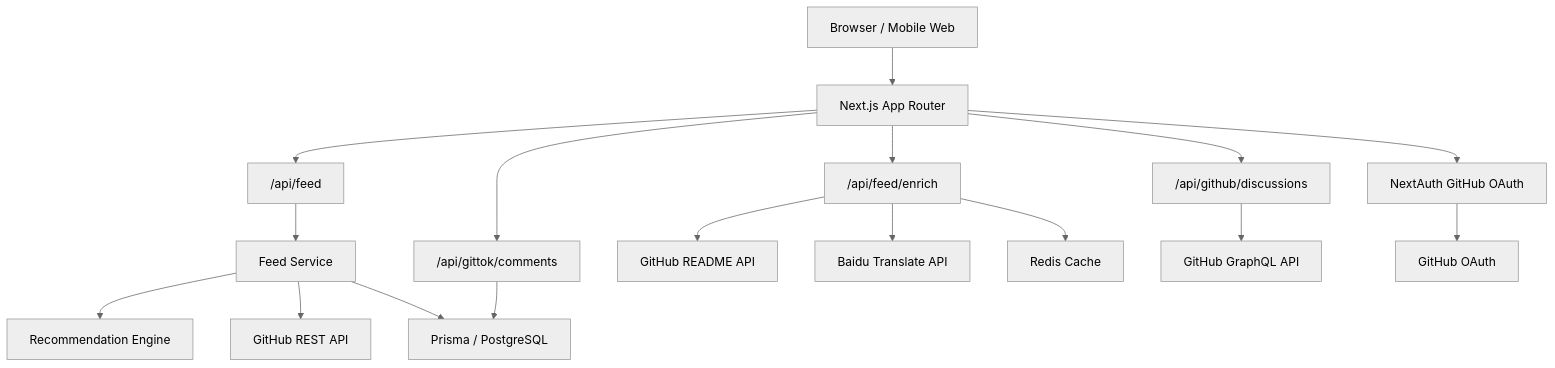
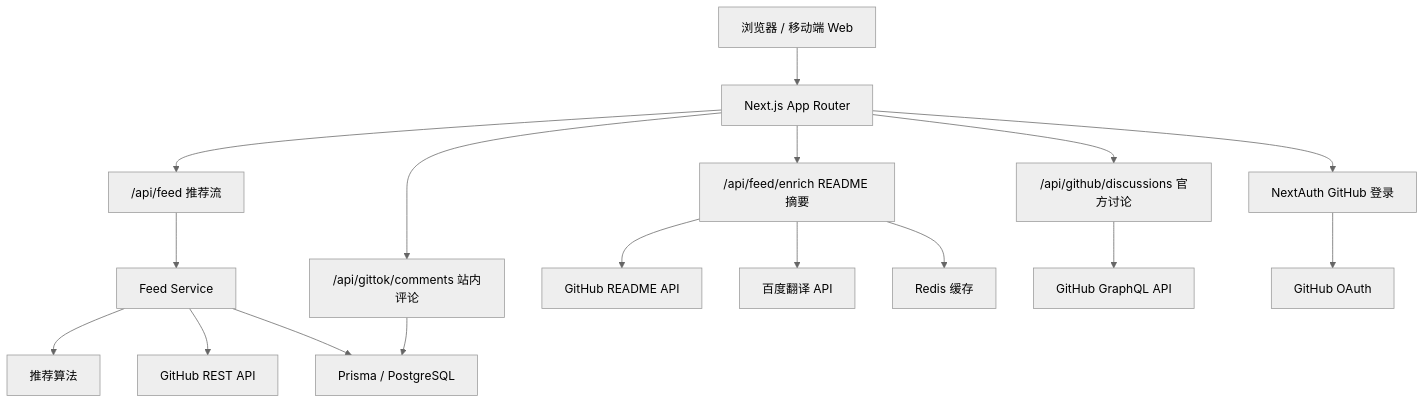
The diagram in README.md (JiahuaZhu16156307/gittok), drawn with Mermaid (neutral theme) before and after one commit. The commit also changed other lines of this file, not shown here.

````diff
--- a/README.md
+++ b/README.md
@@ -88,22 +89,22 @@
 ```mermaid
 flowchart TD
-  Browser["Browser / Mobile Web"] --> NextApp["Next.js App Router"]
-  NextApp --> FeedAPI["/api/feed"]
-  NextApp --> EnrichAPI["/api/feed/enrich"]
-  NextApp --> GitTokComments["/api/gittok/comments"]
-  NextApp --> GitHubDiscussions["/api/github/discussions"]
-  NextApp --> Auth["NextAuth GitHub OAuth"]
+  Browser["浏览器 / 移动端 Web"] --> NextApp["Next.js App Router"]
+  NextApp --> FeedAPI["/api/feed 推荐流"]
+  NextApp --> EnrichAPI["/api/feed/enrich README 摘要"]
+  NextApp --> GitTokComments["/api/gittok/comments 站内评论"]
+  NextApp --> GitHubDiscussions["/api/github/discussions 官方讨论"]
+  NextApp --> Auth["NextAuth GitHub 登录"]
 
   FeedAPI --> FeedService["Feed Service"]
-  FeedService --> Recommendation["Recommendation Engine"]
+  FeedService --> Recommendation["推荐算法"]
   FeedService --> GitHubAPI["GitHub REST API"]
   FeedService --> Prisma["Prisma / PostgreSQL"]
 
   EnrichAPI --> GitHubReadme["GitHub README API"]
-  EnrichAPI --> Translate["Baidu Translate API"]
-  EnrichAPI --> Redis["Redis Cache"]
+  EnrichAPI --> Translate["百度翻译 API"]
+  EnrichAPI --> Redis["Redis 缓存"]
 
   GitTokComments --> Prisma
   GitHubDiscussions --> GitHubGraphQL["GitHub GraphQL API"]
   Auth --> GitHubOAuth["GitHub OAuth"]
 ```
````
